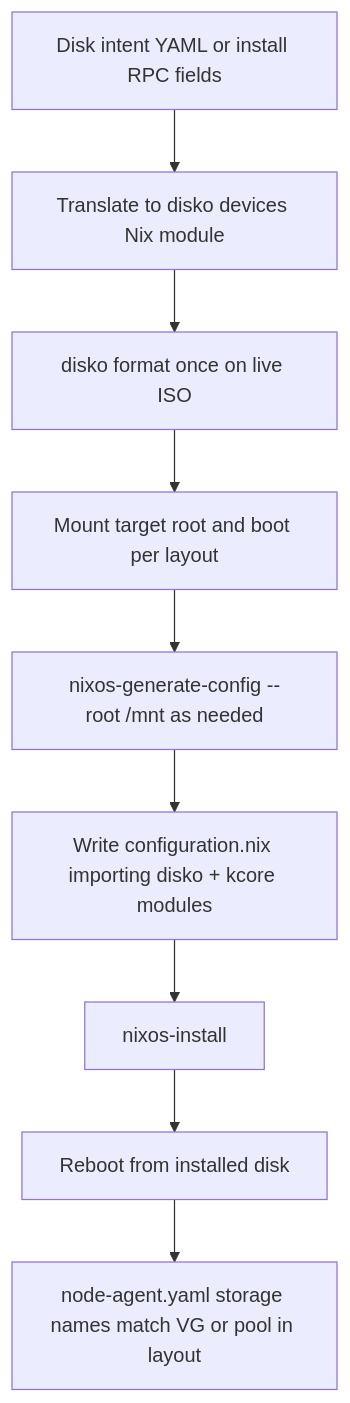
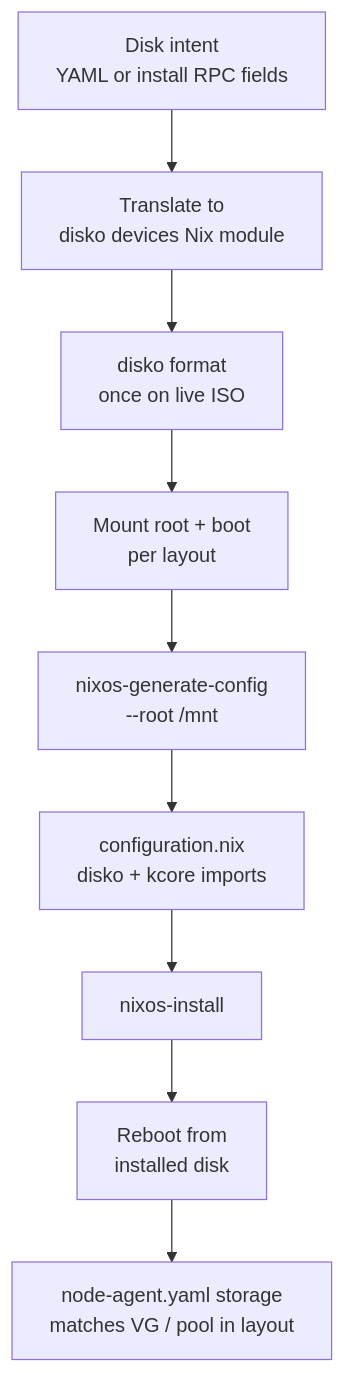
The second of 3 diagrams in docs/node-install-bootstrap-flow.md (kcorehypervisor/kcore), drawn with Mermaid before and after one commit. The commit also changed other lines of this file, not shown here.

Commit message:
docs: wrap mermaid install flow labels with line breaks for readable boxes

````diff
--- a/docs/node-install-bootstrap-flow.md
+++ b/docs/node-install-bootstrap-flow.md
@@ -86,21 +86,21 @@
 ```mermaid
 flowchart TD
-  intent["Disk intent YAML or install RPC fields"]
-  translate["Translate to disko devices Nix module"]
-  diskoFmt["disko format once on live ISO"]
-  mount["Mount target root and boot per layout"]
-  hwcfg["nixos-generate-config --root /mnt as needed"]
-  cfg["Write configuration.nix importing disko + kcore modules"]
+  intent["Disk intent<br/>YAML or install RPC fields"]
+  translate["Translate to<br/>disko devices Nix module"]
+  diskoFmt["disko format<br/>once on live ISO"]
+  mount["Mount root + boot<br/>per layout"]
+  hwcfg["nixos-generate-config<br/>--root /mnt"]
+  cfg["configuration.nix<br/>disko + kcore imports"]
   install["nixos-install"]
-  reboot["Reboot from installed disk"]
-  match["node-agent.yaml storage names match VG or pool in layout"]
+  reboot["Reboot from<br/>installed disk"]
+  match["node-agent.yaml storage<br/>matches VG / pool in layout"]
 
   intent --> translate
   translate --> diskoFmt
   diskoFmt --> mount
   mount --> hwcfg
   hwcfg --> cfg
   cfg --> install
   install --> reboot
   reboot --> match
 ```
````
